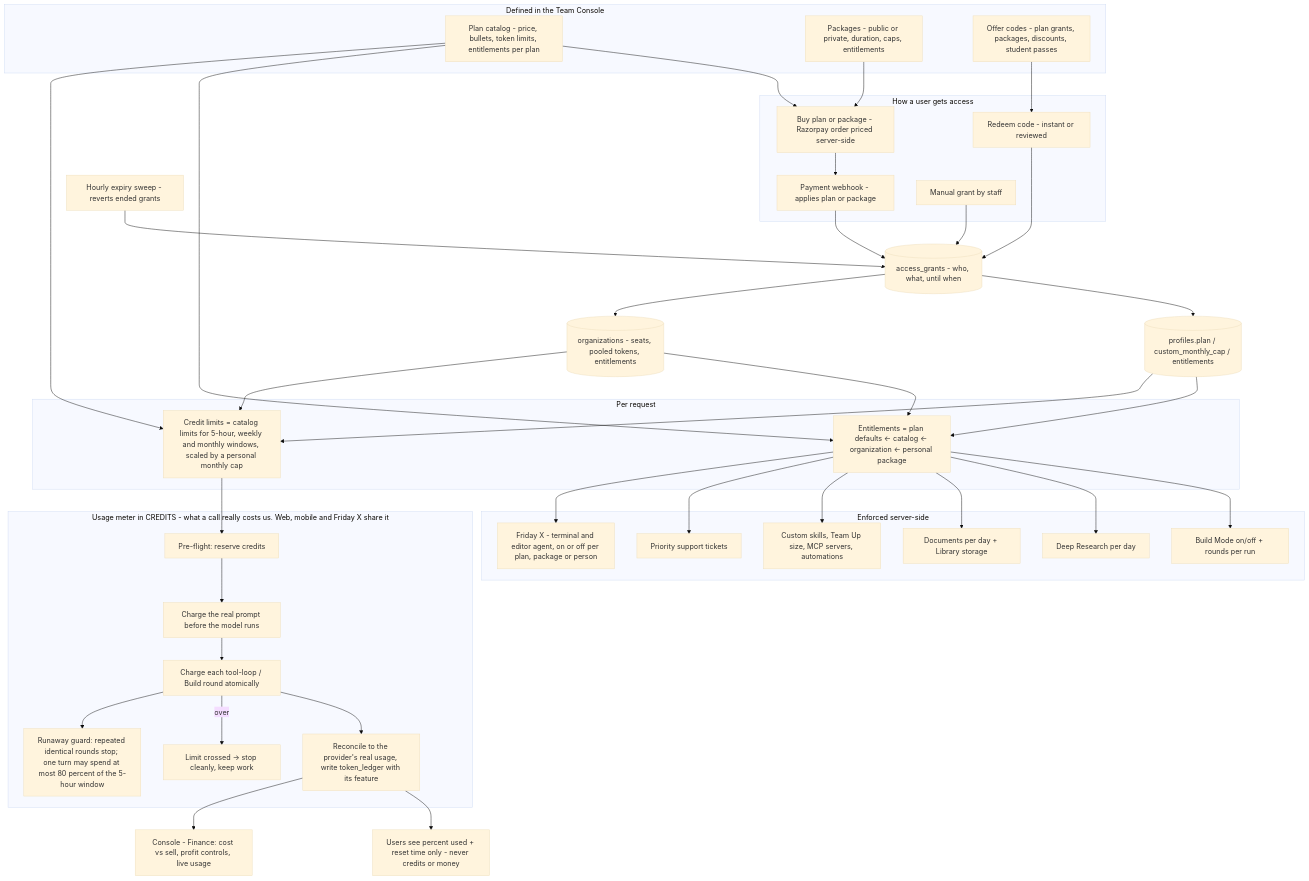
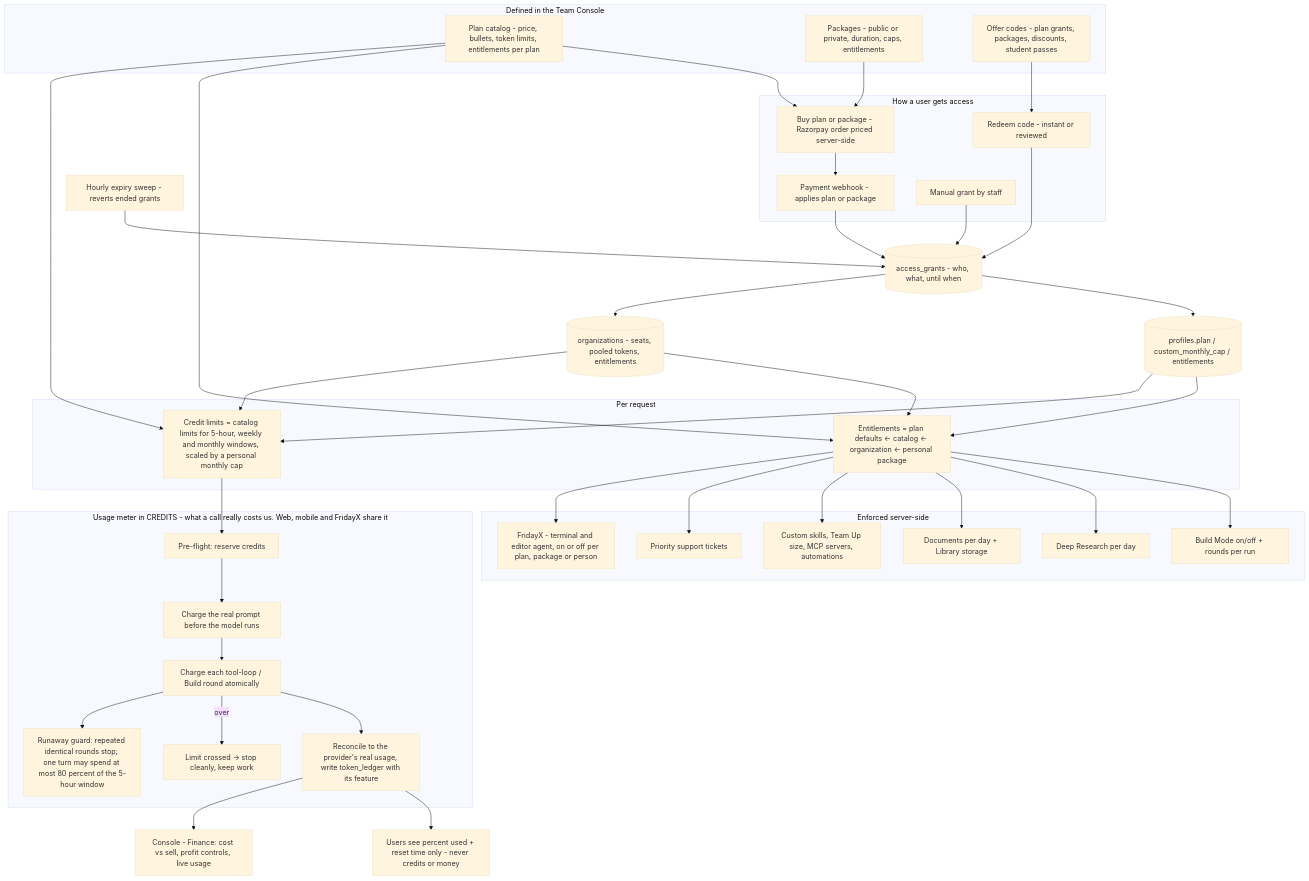
The diagram in docs/diagrams/money-and-limits/16-plans-entitlements-quota.mmd (billionairestechnologies/Friday-ai), drawn with Mermaid (base theme) before and after one commit. The commit also changed 418 other files, not shown here.

```diff
--- a/docs/diagrams/money-and-limits/16-plans-entitlements-quota.mmd
+++ b/docs/diagrams/money-and-limits/16-plans-entitlements-quota.mmd
@@ -1,56 +1,56 @@
 flowchart TB
   subgraph define [Defined in the Team Console]
     Catalog[Plan catalog - price, bullets, token limits, entitlements per plan]
     Packages[Packages - public or private, duration, caps, entitlements]
     Offers[Offer codes - plan grants, packages, discounts, student passes]
   end
 
   subgraph acquire [How a user gets access]
     Buy[Buy plan or package - Razorpay order priced server-side]
     Webhook[Payment webhook - applies plan or package]
     Redeem[Redeem code - instant or reviewed]
     Grant[Manual grant by staff]
   end
 
   AccessGrant[(access_grants - who, what, until when)]
   Profile[(profiles.plan / custom_monthly_cap / entitlements)]
   Org[(organizations - seats, pooled tokens, entitlements)]
   Sweep[Hourly expiry sweep - reverts ended grants]
 
   Catalog --> Buy
   Packages --> Buy
   Buy --> Webhook --> AccessGrant
   Offers --> Redeem --> AccessGrant
   Grant --> AccessGrant
   AccessGrant --> Profile & Org
   Sweep --> AccessGrant
 
   subgraph resolve [Per request]
     Ent[Entitlements = plan defaults <- catalog <- organization <- personal package]
     Limits[Credit limits = catalog limits for 5-hour, weekly and monthly windows, scaled by a personal monthly cap]
   end
   Profile & Org & Catalog --> Ent & Limits
 
   subgraph enforce [Enforced server-side]
     E1[Build Mode on/off + rounds per run]
     E2[Deep Research per day]
     E3[Documents per day + Library storage]
     E4[Custom skills, Team Up size, MCP servers, automations]
     E5[Priority support tickets]
-    E6[Friday X - terminal and editor agent, on or off per plan, package or person]
+    E6[FridayX - terminal and editor agent, on or off per plan, package or person]
   end
   Ent --> E1 & E2 & E3 & E4 & E5 & E6
 
-  subgraph meter ["Usage meter in CREDITS - what a call really costs us. Web, mobile and Friday X share it"]
+  subgraph meter ["Usage meter in CREDITS - what a call really costs us. Web, mobile and FridayX share it"]
     Pre[Pre-flight: reserve credits]
     Prompt[Charge the real prompt before the model runs]
     Round[Charge each tool-loop / Build round atomically]
     Stop[Limit crossed -> stop cleanly, keep work]
     Rec[Reconcile to the provider's real usage, write token_ledger with its feature]
     Guard[Runaway guard: repeated identical rounds stop; one turn may spend at most 80 percent of the 5-hour window]
   end
   Limits --> Pre --> Prompt --> Round --> Rec
   Round -->|over| Stop
   Round --> Guard
   Rec --> Show[Users see percent used + reset time only - never credits or money]
   Rec --> Profit[Console - Finance: cost vs sell, profit controls, live usage]
```
